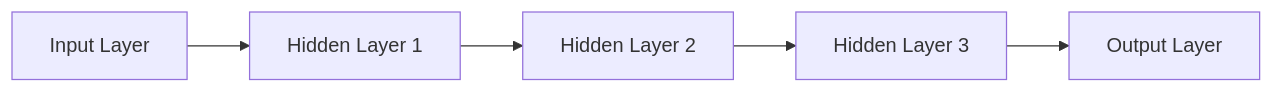
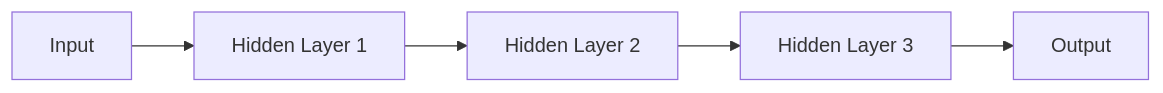
Before and after one commit to subramanyamanjegowda/AI-From-Zero-to-Production: the second of 3 diagrams in docs/01-AI-Fundamentals/05-neural-networks-and-deep-learning.md, drawn with Mermaid. The commit also changed other lines of this file and 2 other files, not shown here.

````diff
--- a/docs/01-AI-Fundamentals/05-neural-networks-and-deep-learning.md
+++ b/docs/01-AI-Fundamentals/05-neural-networks-and-deep-learning.md
@@ -35,7 +82,7 @@
 ```mermaid
 flowchart LR
-    A[Input Layer] --> B[Hidden Layer 1]
+    A[Input] --> B[Hidden Layer 1]
     B --> C[Hidden Layer 2]
     C --> D[Hidden Layer 3]
-    D --> E[Output Layer]
+    D --> E[Output]
 ```
````
